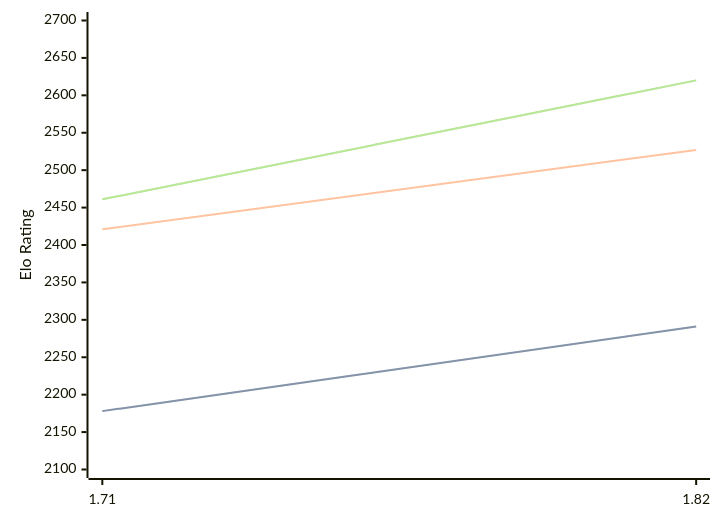
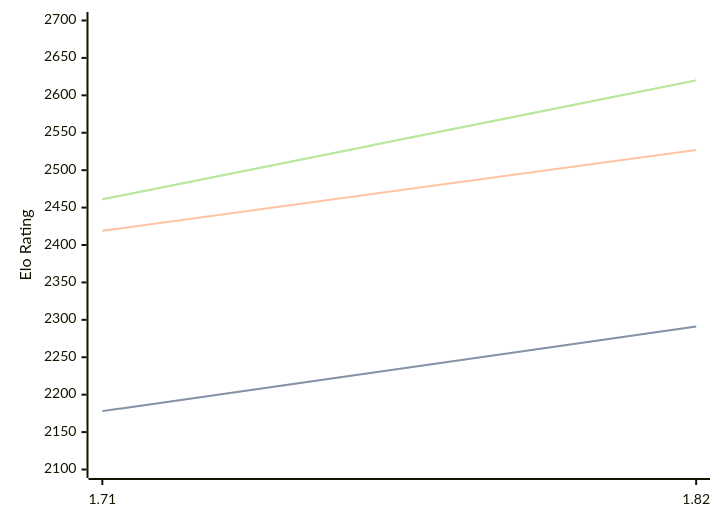
One commit to computer-chess-index/cci changed the third of 3 diagrams in engines/Amira.md. Above: the diagram before and after it, drawn with Mermaid. The commit also changed other lines of this file, not shown here.

````diff
--- a/engines/Amira.md
+++ b/engines/Amira.md
@@ -68,11 +68,11 @@
 ```mermaid
 %%{init: {"theme":"base","themeVariables":{"seriesColors:['#a3a3a3','#222221','#faa371']}}}%%
 xychart-beta
   x-axis ["1.71", "1.82"]
   y-axis "Elo Rating" 2100 --> 2700
   line "STC (8.0+0.08s)" [2178, 2291]
   line "STC (8.0+0.08s)" [2178, 2291]
-  line "LTC (60.0+0.60s)" [2421, 2527]
+  line "LTC (60.0+0.60s)" [2419, 2527]
   line "VLTC (2m24s+1.12s)" [2461, 2620]
   line "VLTC (2m24s+1.12s)" [2461, 2620]
 ```
````
